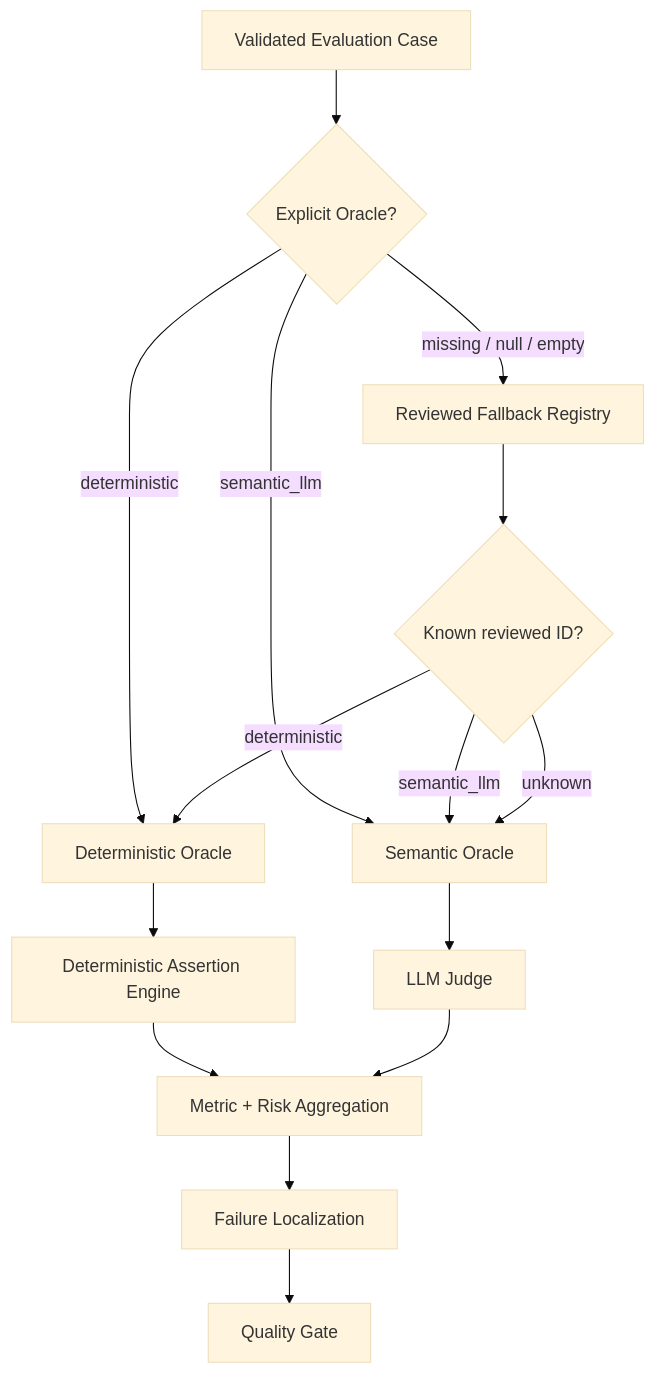
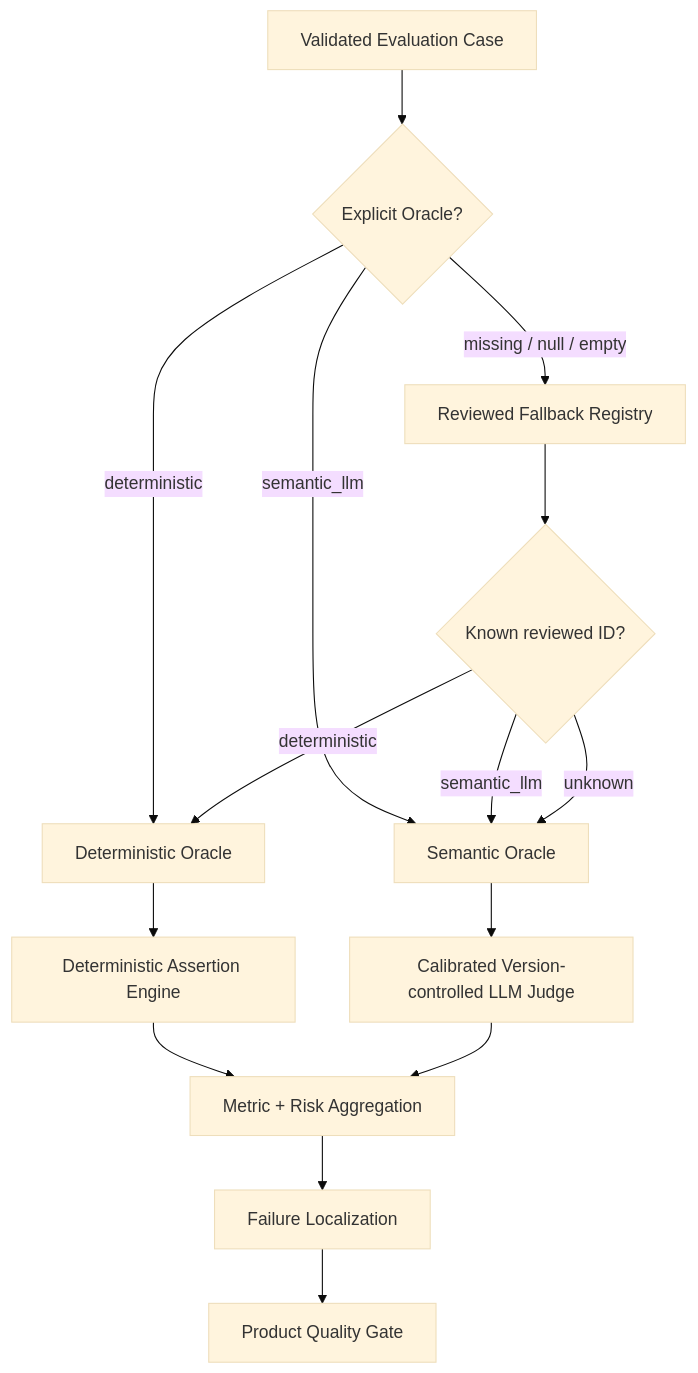
The first of 4 diagrams in docs/automated_ai_evaluation.md (oleksandrserhieiev-beep/ai-qe-lab), drawn with Mermaid (base theme) before and after one commit. The commit also changed other lines of this file, not shown here.

Commit message:
docs: document calibrated semantic evaluator

````diff
--- a/docs/automated_ai_evaluation.md
+++ b/docs/automated_ai_evaluation.md
@@ -25,17 +27,17 @@
 ```mermaid
 flowchart TD
     A[Validated Evaluation Case] --> O{Explicit Oracle?}
     O -->|deterministic| D[Deterministic Oracle]
     O -->|semantic_llm| S[Semantic Oracle]
     O -->|missing / null / empty| F[Reviewed Fallback Registry]
     F --> M{Known reviewed ID?}
     M -->|deterministic| D
     M -->|semantic_llm| S
     M -->|unknown| S
     D --> P[Deterministic Assertion Engine]
-    S --> J[LLM Judge]
+    S --> J[Calibrated Version-controlled LLM Judge]
     P --> R[Metric + Risk Aggregation]
     J --> R
     R --> L[Failure Localization]
-    L --> G[Quality Gate]
+    L --> G[Product Quality Gate]
 ```
````
